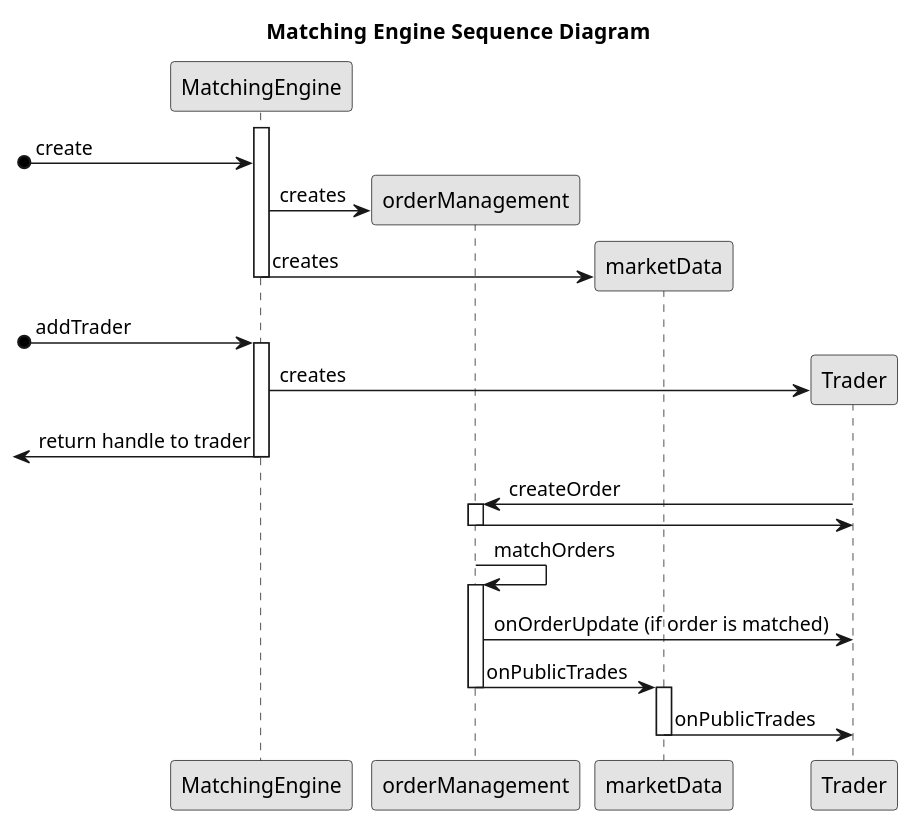
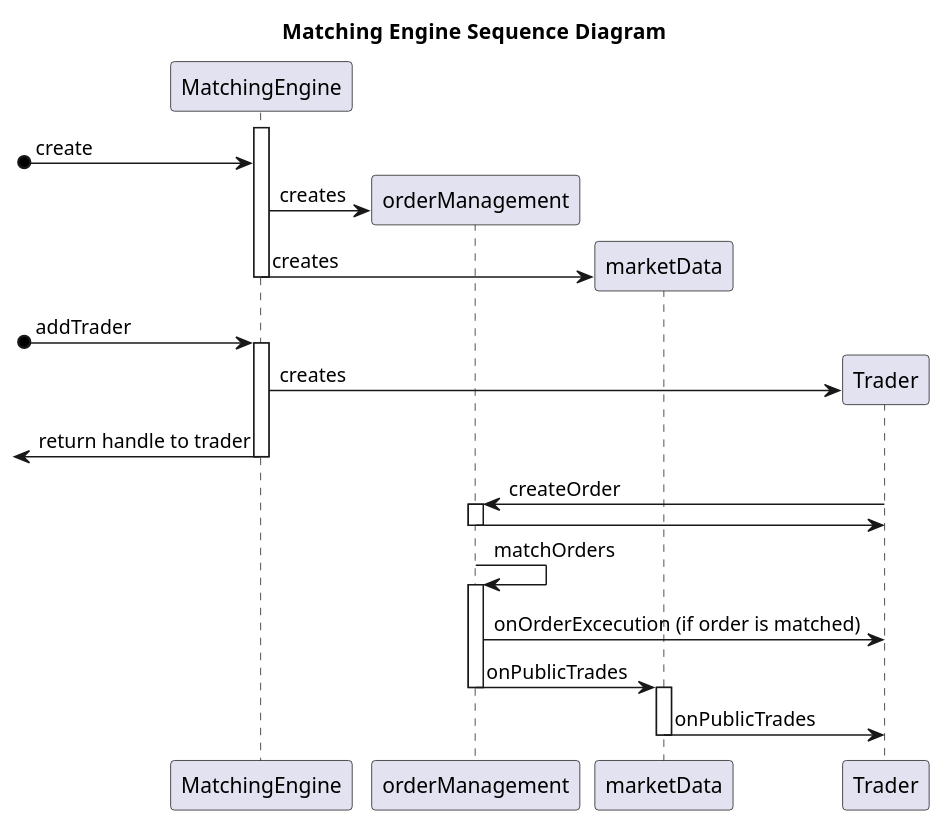
The first of 2 diagrams in README.org (wailo/orderbook-matching-engine), drawn with PlantUML before and after one commit. The commit also changed other lines of this file and 9 other files, not shown here.

```diff
--- a/README.org
+++ b/README.org
@@ -22,37 +23,37 @@
-  #+begin_src plantuml :file tryout.txt :results output silent  :
-  skinparam monochrome true
+  #+begin_src plantuml :file sd.txt :results output silent:
+  ' skinparam monochrome true
   title Matching Engine  Sequence Diagram
 
   create MatchingEngine
 
   activate MatchingEngine
   [o-> MatchingEngine : create
   create orderManagement
   MatchingEngine -> orderManagement : creates
   create marketData
   MatchingEngine -> marketData : creates
   deactivate MatchingEngine
 
 
   [o-> MatchingEngine : addTrader
   activate MatchingEngine
   create Trader
   MatchingEngine -> Trader : creates
   <-MatchingEngine: return handle to trader
   deactivate MatchingEngine
 
   Trader -> orderManagement : createOrder
   activate orderManagement
   orderManagement -> Trader :
   deactivate orderManagement
 
   orderManagement -> orderManagement : matchOrders
   activate orderManagement
-  orderManagement -> Trader : onOrderUpdate (if order is matched)
+  orderManagement -> Trader : onOrderExcecution (if order is matched)
   orderManagement -> marketData : onPublicTrades 
   deactivate orderManagement
   activate marketData
 
   marketData -> Trader: onPublicTrades
   deactivate marketData
   #+end_src
```
